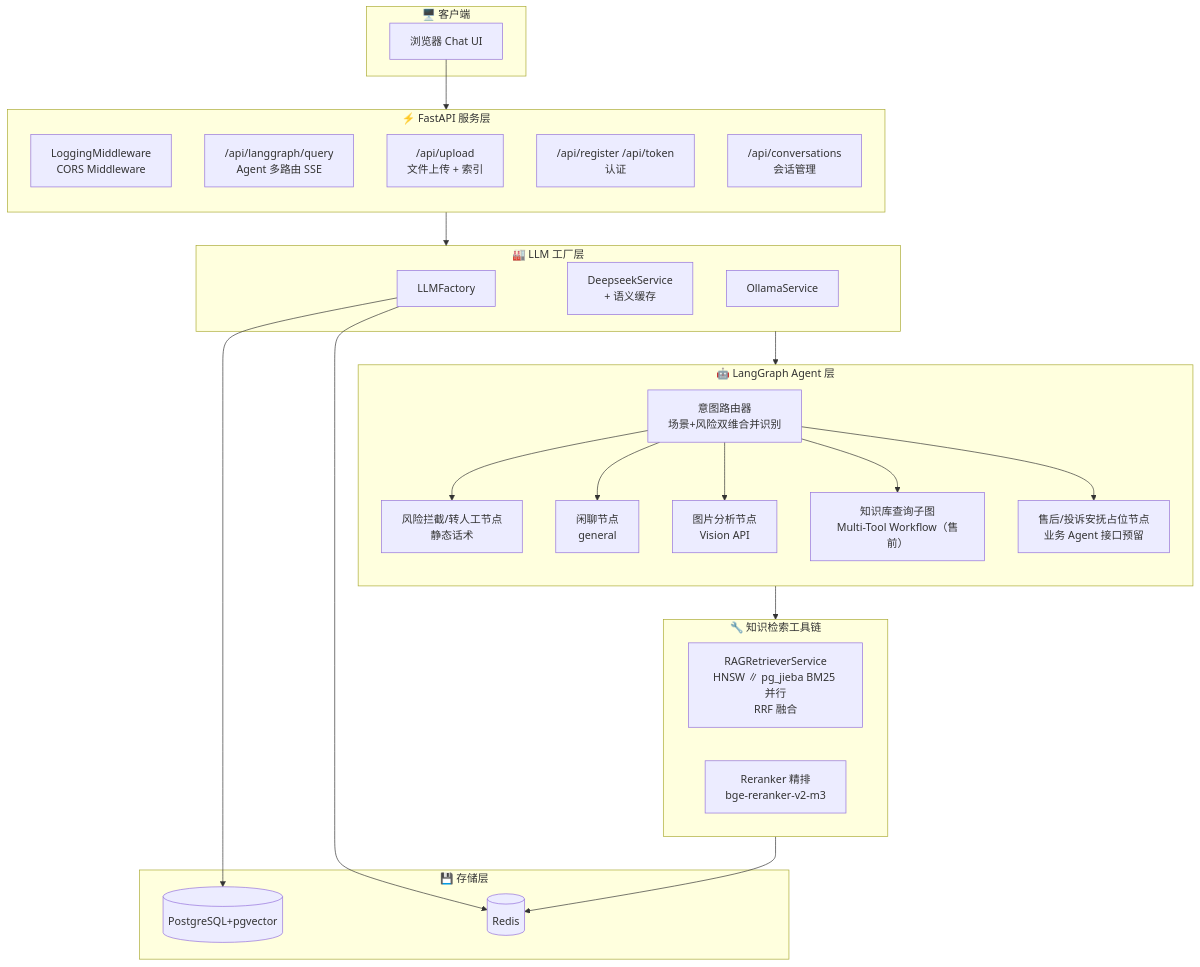
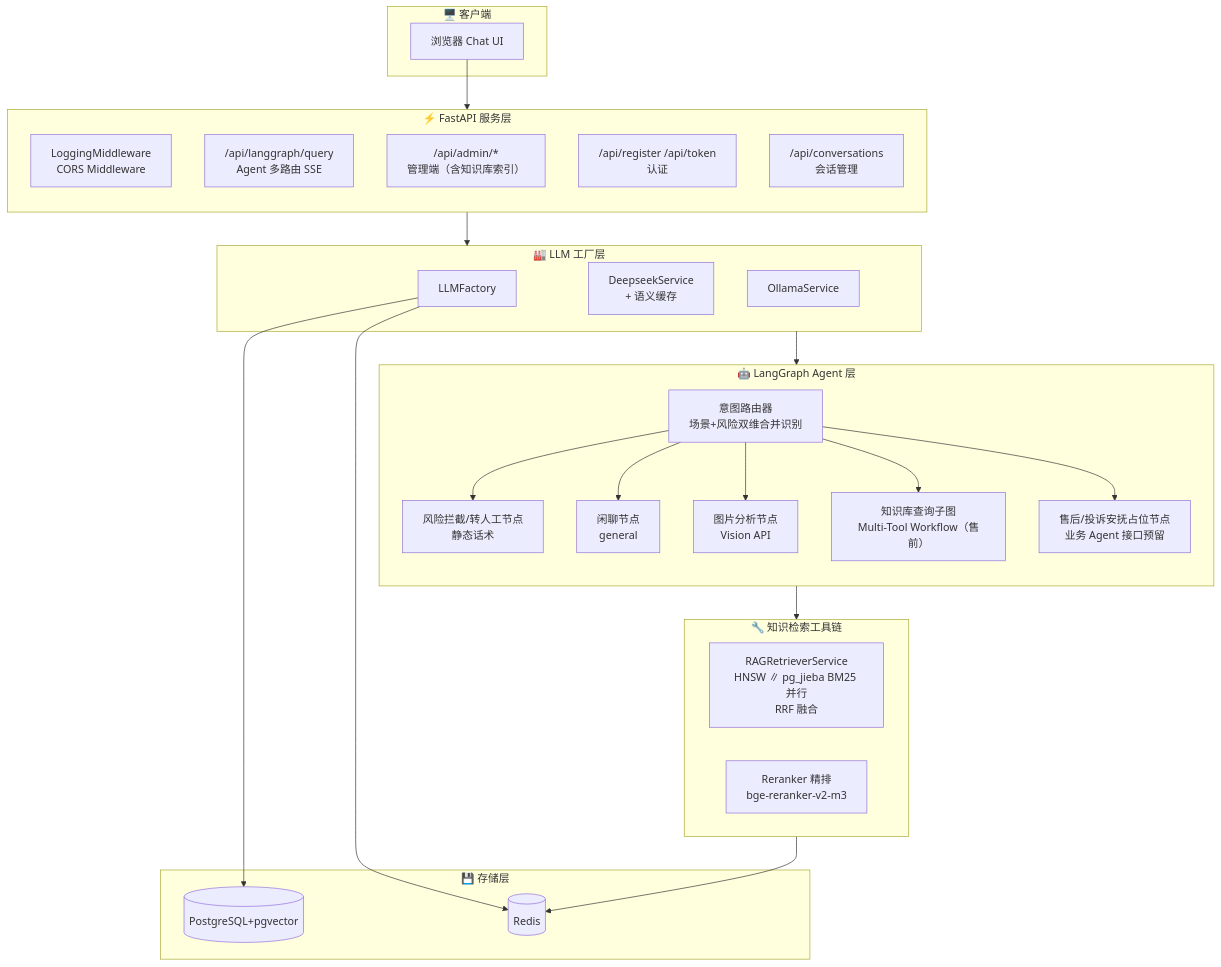
Before and after one commit to blowt16/SmartCS-Agent: the second of 36 diagrams in docs/PROJECT_ANALYSIS.md, drawn with Mermaid. The commit also changed other lines of this file and 12 other files, not shown here.

````diff
--- a/docs/PROJECT_ANALYSIS.md
+++ b/docs/PROJECT_ANALYSIS.md
@@ -113,51 +113,51 @@
 ```mermaid
 flowchart TB
     subgraph Client["🖥️ 客户端"]
         Browser["浏览器 Chat UI"]
     end
 
     subgraph FastAPI["⚡ FastAPI 服务层"]
         direction TB
         MW["LoggingMiddleware<br/>CORS Middleware"]
         LG["/api/langgraph/query<br/>Agent 多路由 SSE"]
-        UPLOAD["/api/upload<br/>文件上传 + 索引"]
+        ADMIN["/api/admin/*<br/>管理端（含知识库索引）"]
         AUTH["/api/register /api/token<br/>认证"]
         CONV["/api/conversations<br/>会话管理"]
     end
 
     subgraph Factory["🏭 LLM 工厂层"]
         LLMF["LLMFactory"]
         DS["DeepseekService<br/>+ 语义缓存"]
         OS["OllamaService"]
     end
 
     subgraph Agent["🤖 LangGraph Agent 层"]
         direction TB
         ROUTER["意图路由器<br/>场景+风险双维合并识别"]
         RISK["风险拦截/转人工节点<br/>静态话术"]
         GEN["闲聊节点<br/>general"]
         IMG["图片分析节点<br/>Vision API"]
         KG["知识库查询子图<br/>Multi-Tool Workflow（售前）"]
         PLACE["售后/投诉安抚占位节点<br/>业务 Agent 接口预留"]
     end
 
     subgraph KGTools["🔧 知识检索工具链"]
         direction LR
         GRAG["RAGRetrieverService<br/>HNSW ∥ pg_jieba BM25 并行<br/>RRF 融合"]
         RG["Reranker 精排<br/>bge-reranker-v2-m3"]
     end
 
     subgraph Store["💾 存储层"]
         PostgreSQL[(PostgreSQL+pgvector)]
         Redis[(Redis)]
     end
 
     Browser --> FastAPI
     FastAPI --> Factory
     Factory --> Agent
     ROUTER --> RISK & GEN & IMG & KG & PLACE
     KG --> KGTools
     KGTools --> Redis
     LLMF --> PostgreSQL
     LLMF --> Redis
 ```
````
